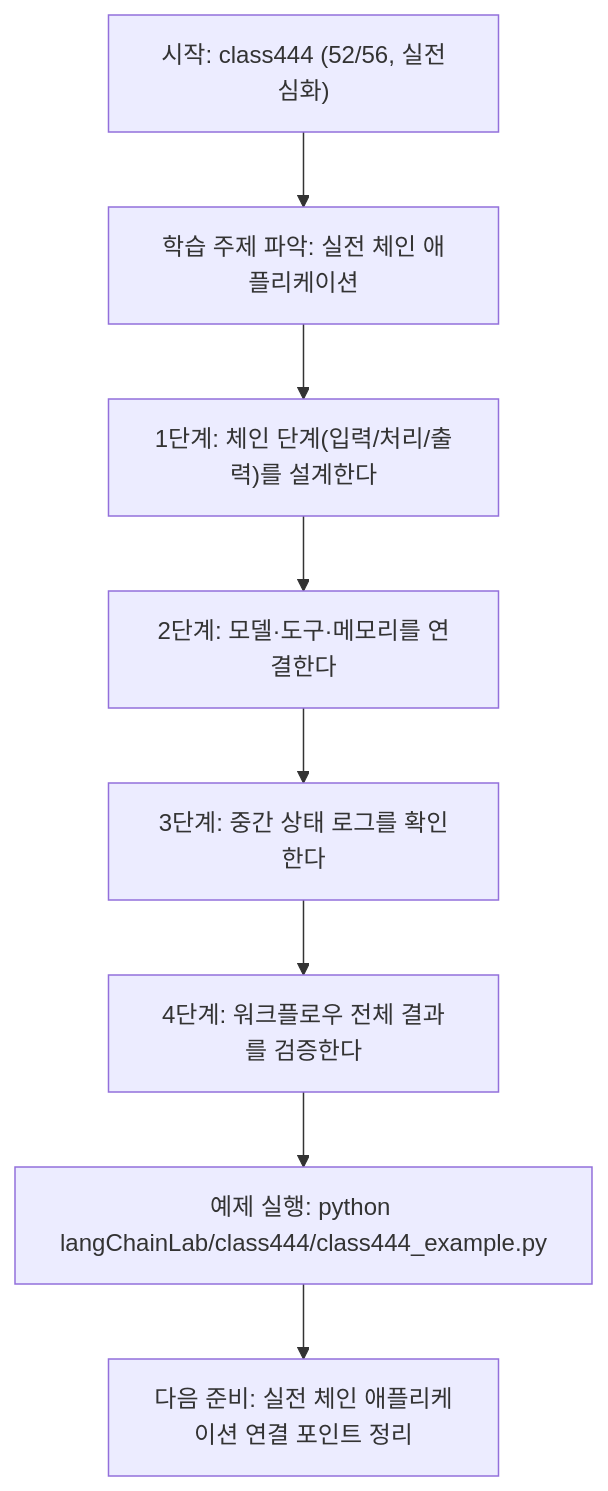
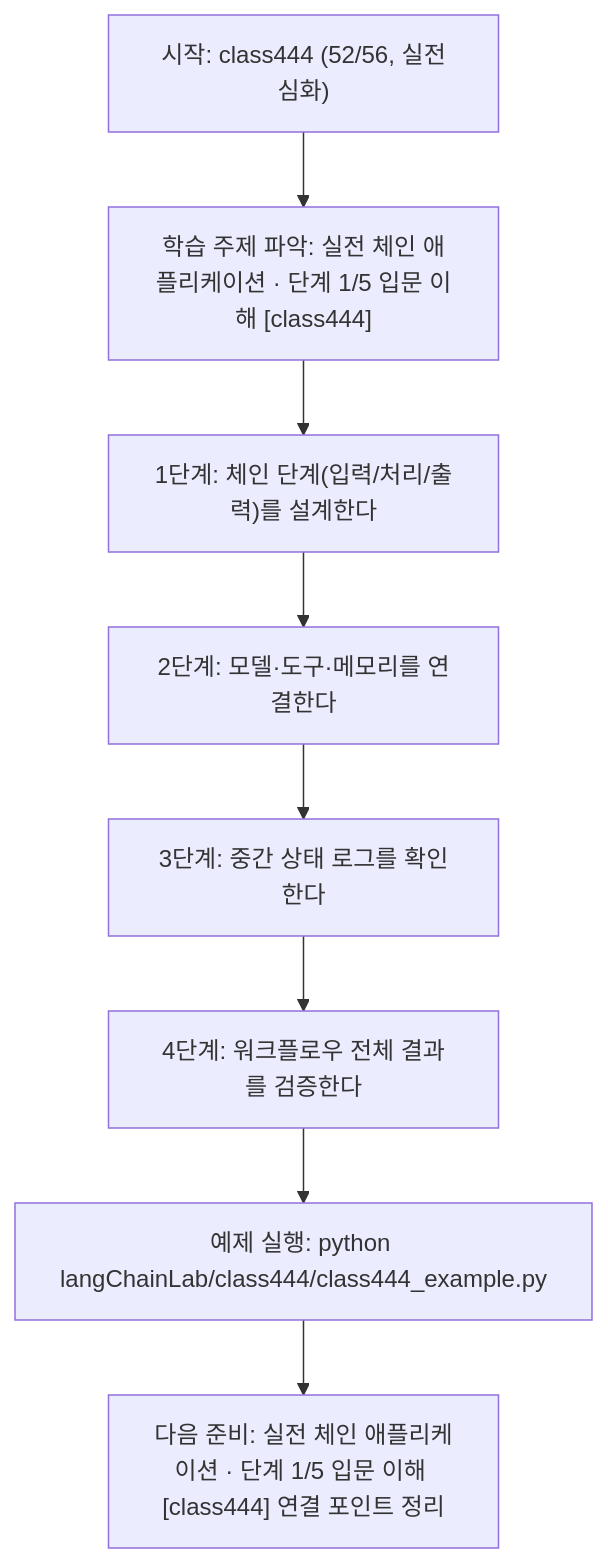
One commit to edumgt/Python-AI_Agent-Class changed the diagram in langChainLab/class444/class444.md. Above: the diagram before and after it, drawn with Mermaid. The commit also changed other lines of this file and 522 other files, not shown here.

````diff
--- a/langChainLab/class444/class444.md
+++ b/langChainLab/class444/class444.md
@@ -109,18 +110,18 @@
 ```mermaid
 flowchart TD
 N1["시작: class444 (52/56, 실전심화)"]
-N2["학습 주제 파악: 실전 체인 애플리케이션"]
+N2["학습 주제 파악: 실전 체인 애플리케이션 · 단계 1/5 입문 이해 [class444]"]
 N3["1단계: 체인 단계(입력/처리/출력)를 설계한다"]
 N4["2단계: 모델·도구·메모리를 연결한다"]
 N5["3단계: 중간 상태 로그를 확인한다"]
 N6["4단계: 워크플로우 전체 결과를 검증한다"]
 N7["예제 실행: python langChainLab/class444/class444_example.py"]
-N8["다음 준비: 실전 체인 애플리케이션 연결 포인트 정리"]
+N8["다음 준비: 실전 체인 애플리케이션 · 단계 1/5 입문 이해 [class444] 연결 포인트 정리"]
 N1 --> N2
 N2 --> N3
 N3 --> N4
 N4 --> N5
 N5 --> N6
 N6 --> N7
 N7 --> N8
 ```
````
